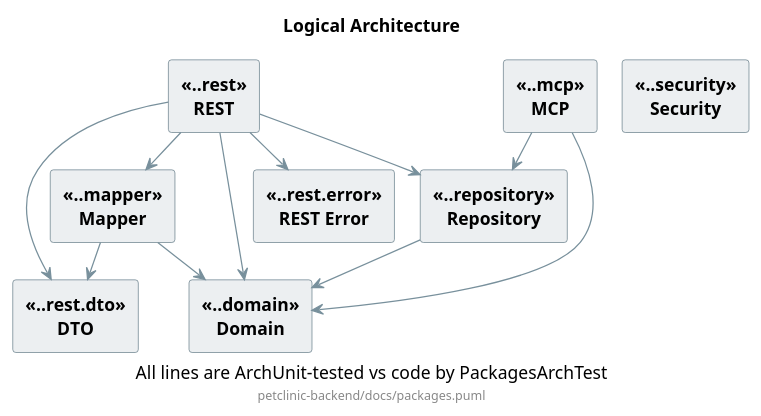
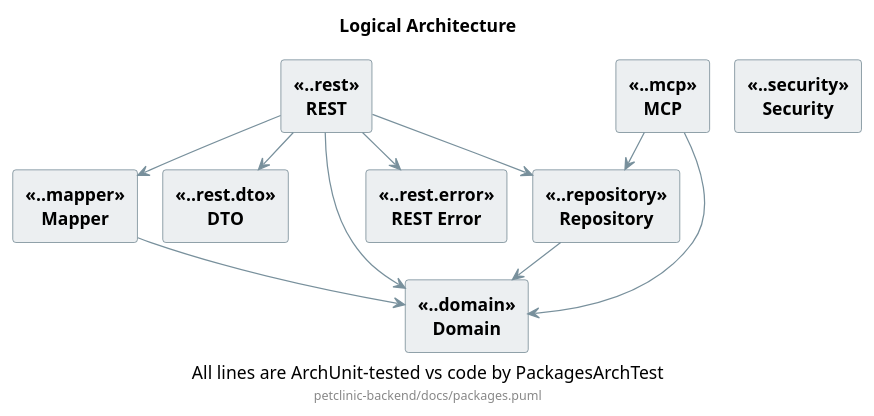
Before and after one commit to victorrentea/petclinic: the diagram in petclinic-backend/docs/packages.puml, drawn with PlantUML.

```diff
--- a/petclinic-backend/docs/packages.puml
+++ b/petclinic-backend/docs/packages.puml
@@ -1,52 +1,51 @@
 @startuml
 
 title Logical Architecture
 caption All lines are ArchUnit-tested vs code by PackagesArchTest
 footer petclinic-backend/docs/packages.puml
 
 ' ── The recipe (portable — copy this trick to any project) ───────────────────
 ' CYCLES ARE RED. A bidirectional dependency is ONE red double-headed line.
 ' ArchUnit cannot parse `<-->` arrows, so back each red line with two
 ' `-[hidden]->` arrows, which it *does* parse as the two directed edges:
 '     [A] <-[#red,thickness=2]-> [B]
 '     [A] -[hidden]-> [B]
 '     [B] -[hidden]-> [A]
 ' No cycle exists here today; the convention is in place so one shows up red.
 ' ─────────────────────────────────────────────────────────────────────────────
 
 skinparam shadowing false
 skinparam componentStyle rectangle
 skinparam nodesep 20
 skinparam ranksep 30
 <style>
 component {
   BackGroundColor #ECEFF1
   LineColor #546E7A
   FontStyle bold
 }
 arrow {
   LineColor #78909C
 }
 </style>
 
 [REST] <<..rest>>
 [MCP] <<..mcp>>
 [Security] <<..security>>
 [Mapper] <<..mapper>>
 [Repository] <<..repository>>
 [DTO] <<..rest.dto>>
 [Domain] <<..domain>>
 [REST Error] <<..rest.error>>
 
 [Repository] --> [Domain]
 [Mapper] --> [Domain]
-[Mapper] --> [DTO]
 [REST] --> [Domain]
 [REST] --> [Repository]
 [REST] --> [Mapper]
 [REST] --> [DTO]
 [REST] --> [REST Error]
 [MCP] --> [Domain]
 [MCP] --> [Repository]
 
 @enduml
```
